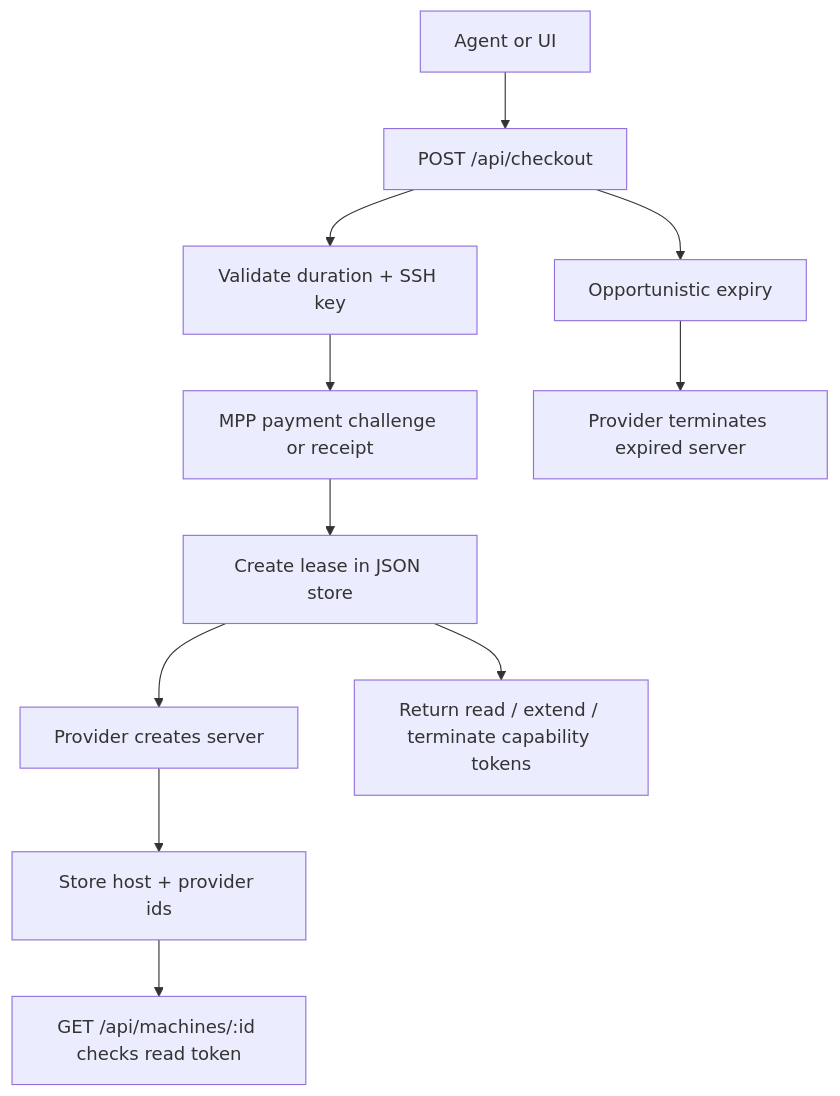
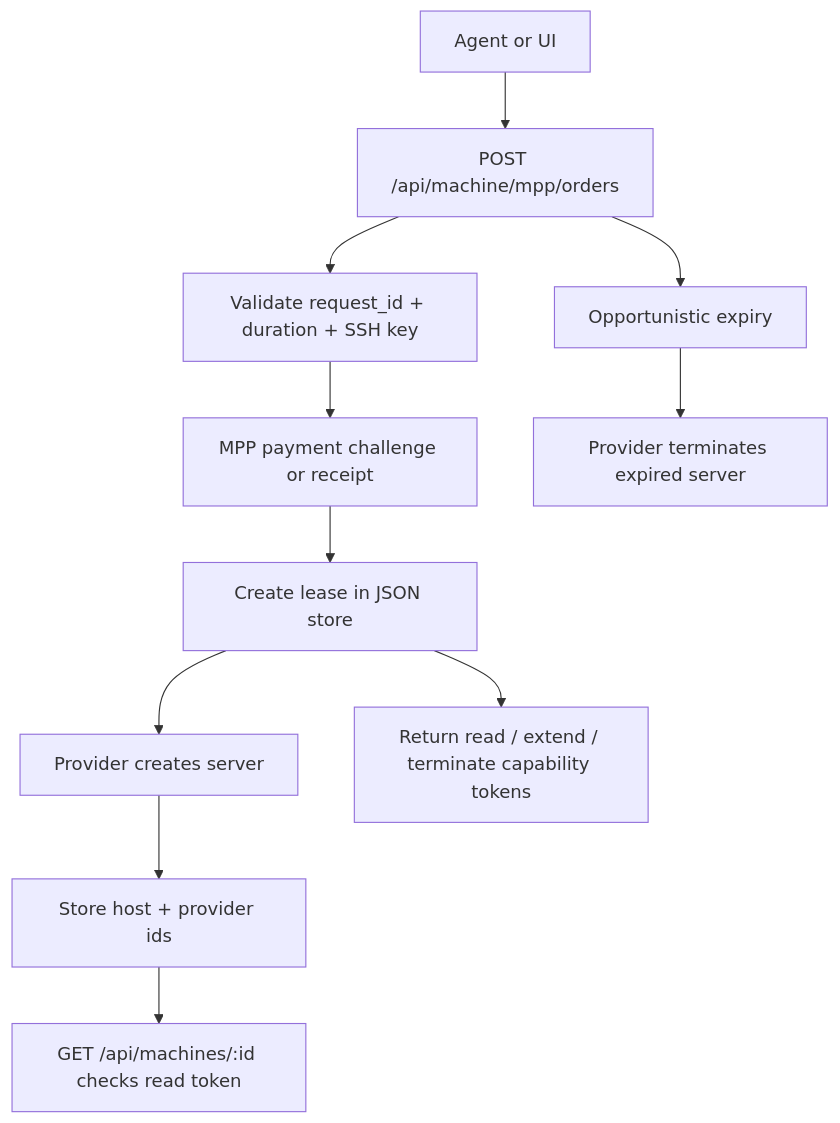
The diagram in README.md (stepandel/compute-store), drawn with Mermaid before and after one commit. The commit also changed other lines of this file, not shown here.

First line of the commit message:
docs: update README to the MPP orders API

````diff
--- a/README.md
+++ b/README.md
@@ -210,13 +225,13 @@
 ```mermaid
 flowchart TD
-  A["Agent or UI"] --> B["POST /api/checkout"]
-  B --> C["Validate duration + SSH key"]
+  A["Agent or UI"] --> B["POST /api/machine/mpp/orders"]
+  B --> C["Validate request_id + duration + SSH key"]
   C --> P["MPP payment challenge or receipt"]
   P --> D["Create lease in JSON store"]
   D --> E["Provider creates server"]
   E --> F["Store host + provider ids"]
   D --> J["Return read / extend / terminate capability tokens"]
   F --> G["GET /api/machines/:id checks read token"]
   B --> H["Opportunistic expiry"]
   H --> I["Provider terminates expired server"]
 ```
````
